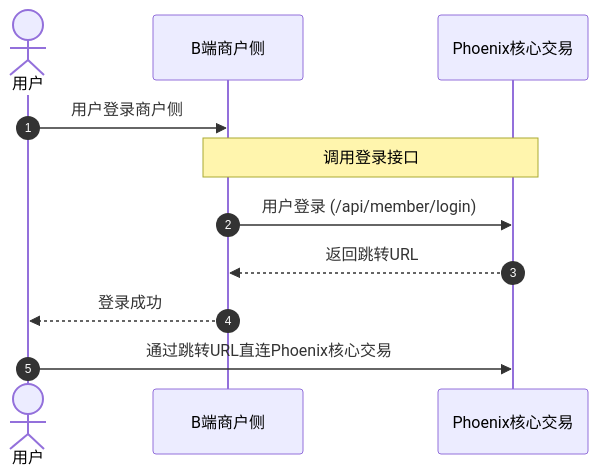
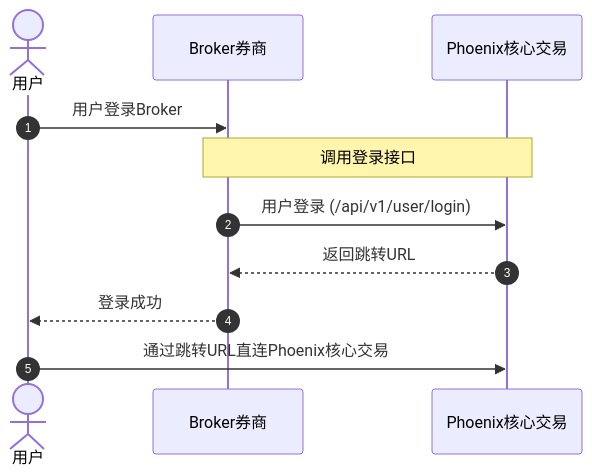
One commit to xu/mintlify-docs changed the diagram in guide/introduction.mdx. Above: the diagram before and after it, drawn with Mermaid. The commit also changed other lines of this file, not shown here.

Commit message:
docs: finalized user integration flow and brand identity

````diff
--- a/guide/introduction.mdx
+++ b/guide/introduction.mdx
@@ -17,14 +17,14 @@
 ```mermaid
 sequenceDiagram
     autonumber
     actor User as 用户
-    participant Merchant as B端商户侧
+    participant Broker as Broker券商
     participant Phoenix as Phoenix核心交易
 
-    User->>Merchant: 用户登录商户侧
-    Note over Merchant, Phoenix: 调用登录接口
-    Merchant->>Phoenix: 用户登录 (/api/member/login)
-    Phoenix-->>Merchant: 返回跳转URL
-    Merchant-->>User: 登录成功
+    User->>Broker: 用户登录Broker
+    Note over Broker, Phoenix: 调用登录接口
+    Broker->>Phoenix: 用户登录 (/api/v1/user/login)
+    Phoenix-->>Broker: 返回跳转URL
+    Broker-->>User: 登录成功
     User->>Phoenix: 通过跳转URL直连Phoenix核心交易
 ```
````
